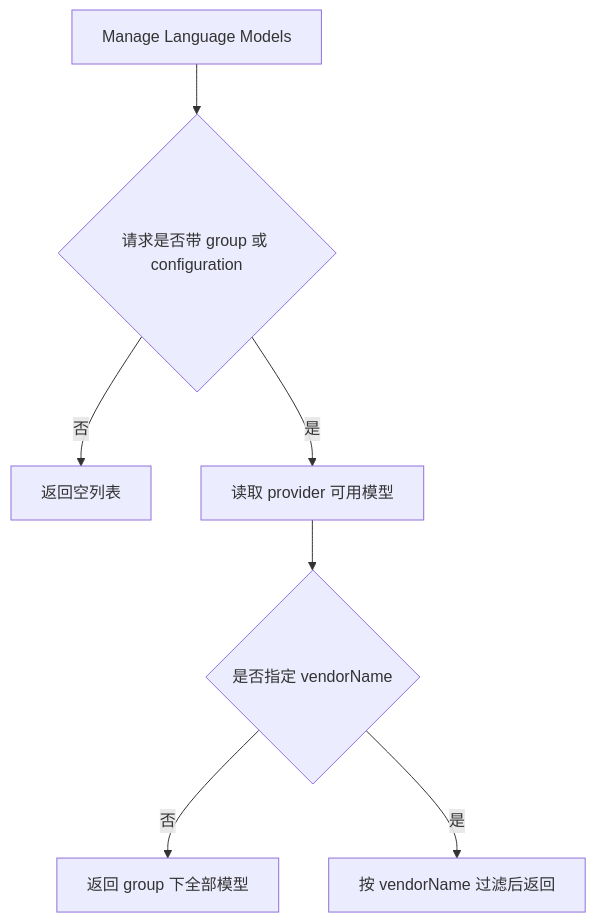
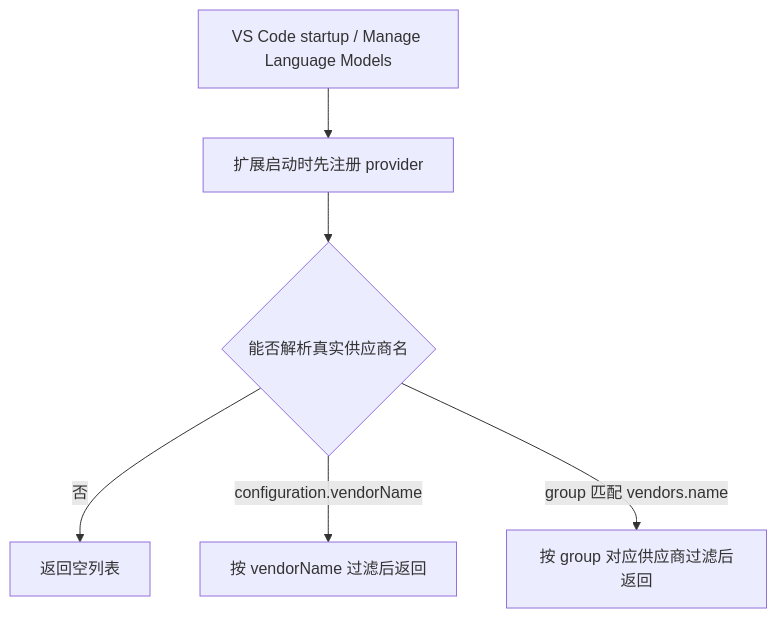
The diagram in cases/2026-05-19-manage-language-models-no-default-group.md (jqknono/coding-plans-for-copilot), drawn with Mermaid before and after one commit. The commit also changed other lines of this file and 5 other files, not shown here.

````diff
--- a/cases/2026-05-19-manage-language-models-no-default-group.md
+++ b/cases/2026-05-19-manage-language-models-no-default-group.md
@@ -17,9 +19,8 @@
 ```mermaid
 flowchart TD
-  A[Manage Language Models] --> B{请求是否带 group 或 configuration}
-  B -->|否| C[返回空列表]
-  B -->|是| D[读取 provider 可用模型]
-  D --> E{是否指定 vendorName}
-  E -->|否| F[返回 group 下全部模型]
-  E -->|是| G[按 vendorName 过滤后返回]
+  A[VS Code startup / Manage Language Models] --> B[扩展启动时先注册 provider]
+  B --> C{能否解析真实供应商名}
+  C -->|否| D[返回空列表]
+  C -->|configuration.vendorName| E[按 vendorName 过滤后返回]
+  C -->|group 匹配 vendors.name| F[按 group 对应供应商过滤后返回]
 ```
````
